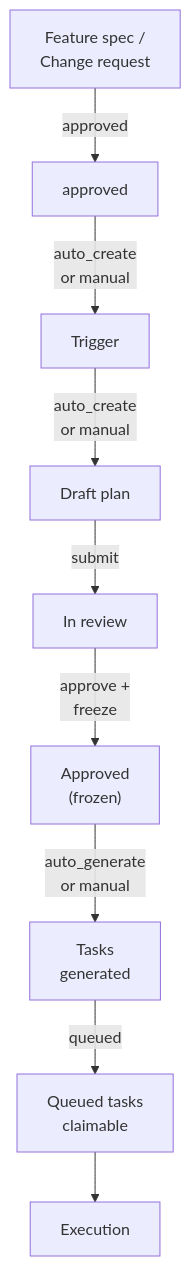
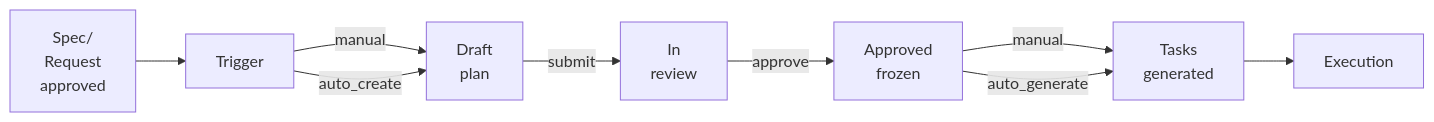
Before and after one commit to synchestra-io/synchestra: the sixth of 6 diagrams in spec/features/development-plan/README.md, drawn with Mermaid.

Commit message:
spec(development-plan): make full lifecycle mermaid diagram more compact (LR flow)

````diff
--- a/spec/features/development-plan/README.md
+++ b/spec/features/development-plan/README.md
@@ -520,21 +520,19 @@
 ```mermaid
-graph TD
-    A["Feature spec /<br/>Change request"]
-    B["approved"]
-    C["Trigger"]
-    D["Draft plan"]
-    E["In review"]
-    F["Approved<br/>(frozen)"]
-    G["Tasks<br/>generated"]
-    H["Queued tasks<br/>claimable"]
-    I["Execution"]
+graph LR
+    A["Spec/<br/>Request<br/>approved"]
+    B["Trigger"]
+    C["Draft<br/>plan"]
+    D["In<br/>review"]
+    E["Approved<br/>frozen"]
+    F["Tasks<br/>generated"]
+    G["Execution"]
 
-    A -->|approved| B
-    B -->|auto_create<br/>or manual| C
-    C -->|auto_create<br/>or manual| D
-    D -->|submit| E
-    E -->|approve +<br/>freeze| F
-    F -->|auto_generate<br/>or manual| G
-    G -->|queued| H
-    H --> I
+    A --> B
+    B -->|manual| C
+    B -->|auto_create| C
+    C -->|submit| D
+    D -->|approve| E
+    E -->|manual| F
+    E -->|auto_generate| F
+    F --> G
 ```
````
